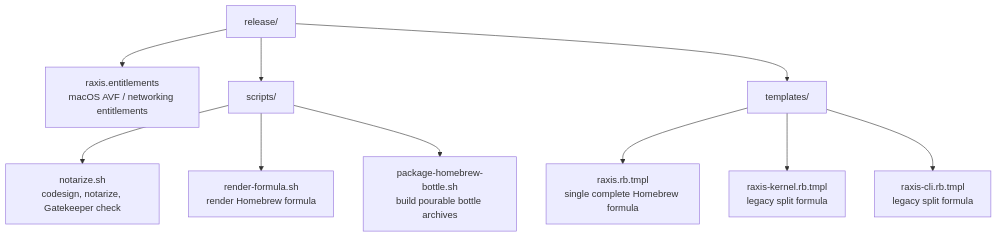
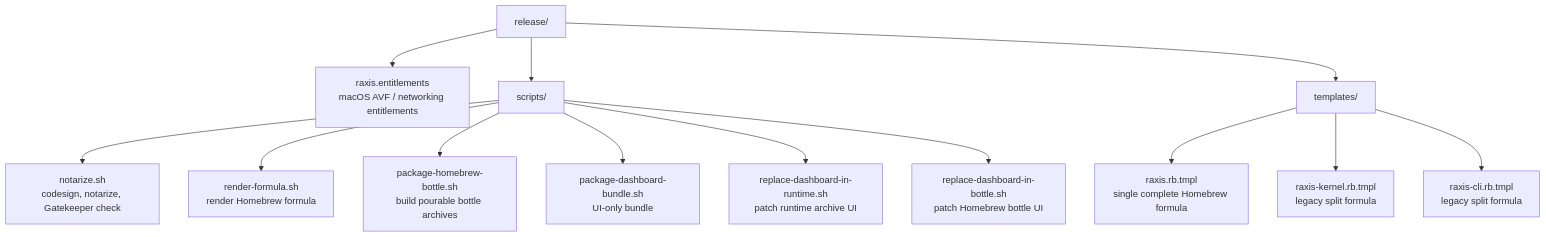
Before and after one commit to chika5105/raxis: the first of 2 diagrams in raxis/release/README.md, drawn with Mermaid. The commit also changed other lines of this file and 15 other files, not shown here.

Commit message:
Split dashboard-only release path

````diff
--- a/raxis/release/README.md
+++ b/raxis/release/README.md
@@ -7,13 +7,16 @@
 ```mermaid
 flowchart TD
     release["release/"]
     release --> entitlements["raxis.entitlements<br/>macOS AVF / networking entitlements"]
     release --> scripts["scripts/"]
     scripts --> notarize["notarize.sh<br/>codesign, notarize, Gatekeeper check"]
     scripts --> render["render-formula.sh<br/>render Homebrew formula"]
     scripts --> bottles["package-homebrew-bottle.sh<br/>build pourable bottle archives"]
+    scripts --> dashbundle["package-dashboard-bundle.sh<br/>UI-only bundle"]
+    scripts --> dashruntime["replace-dashboard-in-runtime.sh<br/>patch runtime archive UI"]
+    scripts --> dashbottle["replace-dashboard-in-bottle.sh<br/>patch Homebrew bottle UI"]
     release --> templates["templates/"]
     templates --> formula["raxis.rb.tmpl<br/>single complete Homebrew formula"]
     templates --> legacy_kernel["raxis-kernel.rb.tmpl<br/>legacy split formula"]
     templates --> legacy_cli["raxis-cli.rb.tmpl<br/>legacy split formula"]
 ```
````
